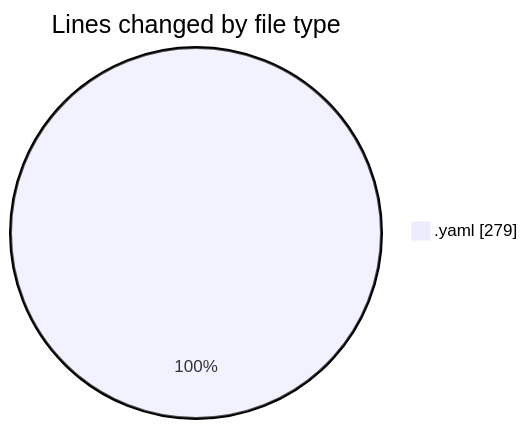
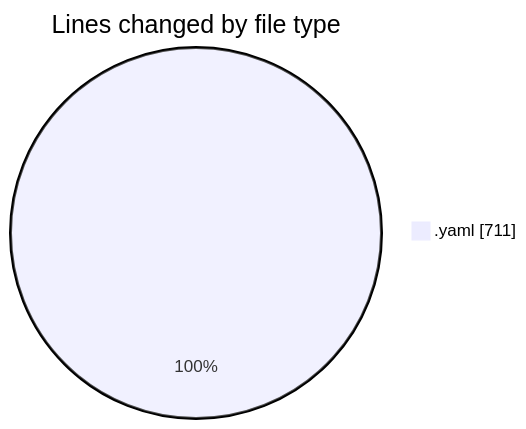
One commit to mevix1/code-tracking changed the first of 2 diagrams in 2025-10-09/api-hub/README.md. Above: the diagram before and after it, drawn with Mermaid. The commit also changed other lines of this file and 1 other file, not shown here.

````diff
--- a/2025-10-09/api-hub/README.md
+++ b/2025-10-09/api-hub/README.md
@@ -21,5 +24,5 @@
 ```mermaid
 pie showData
 title Lines changed by file type
-".yaml" : 279
+".yaml" : 711
 ```
````
